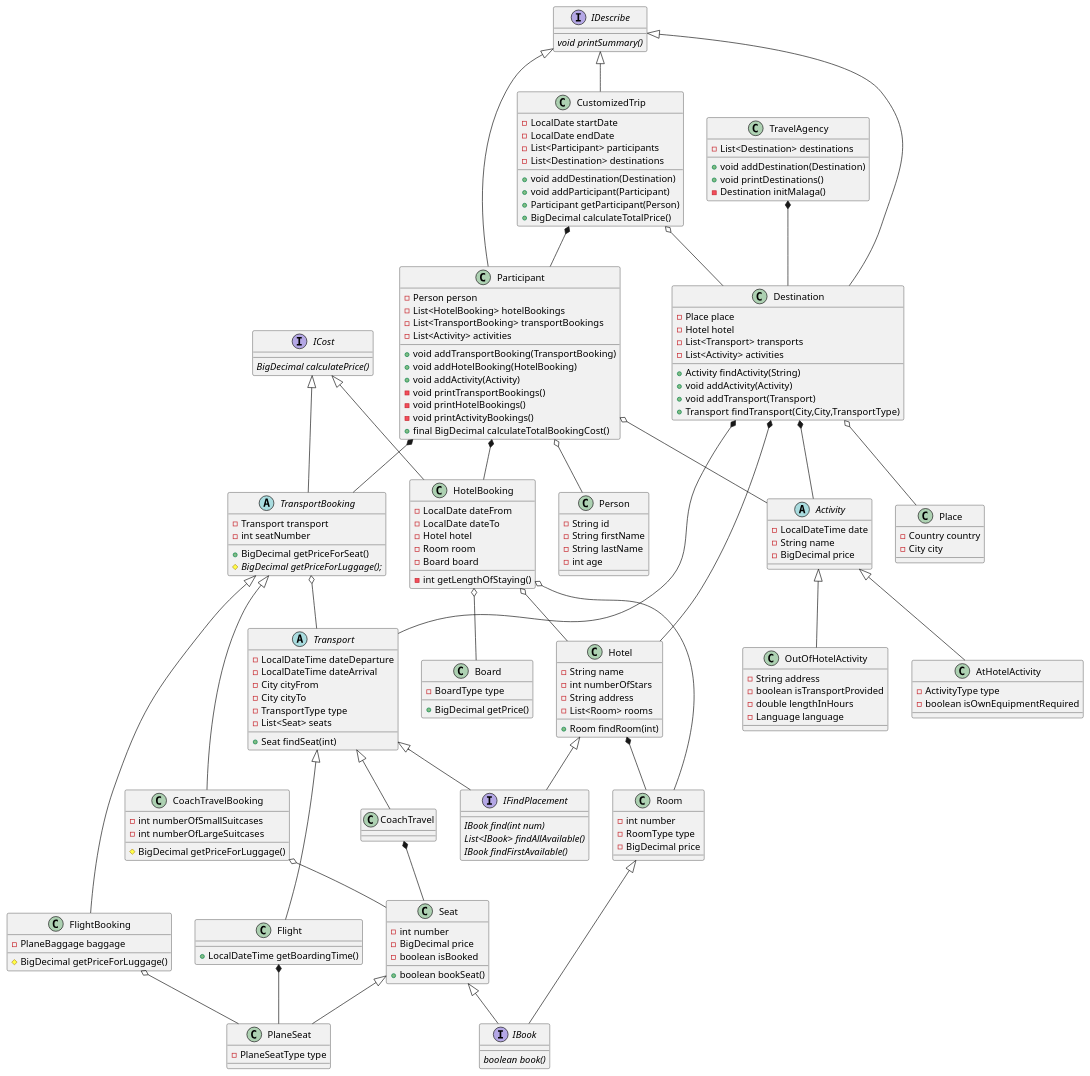
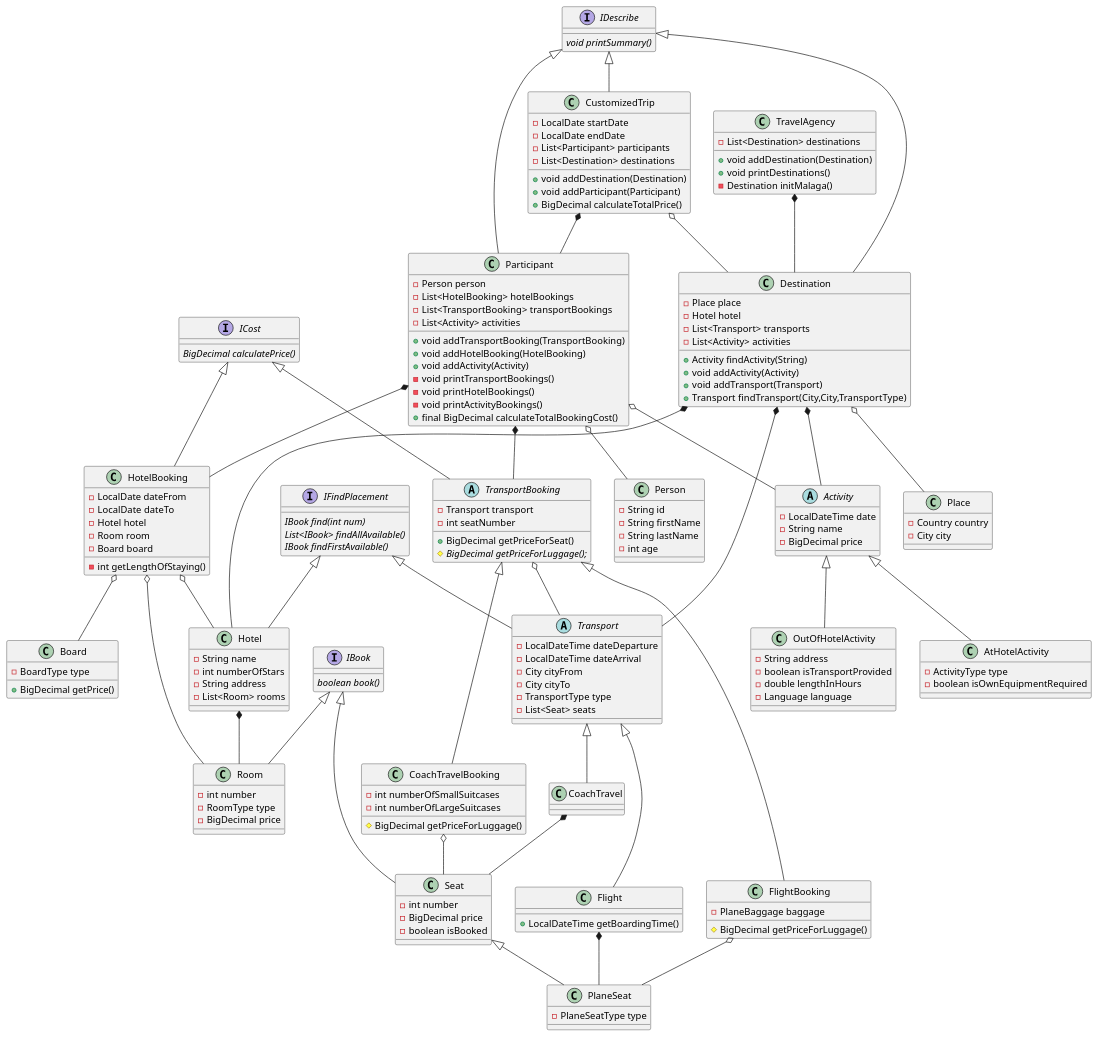
The diagram in docs/ClassDiagram.puml (asiajanicka/TravelAgency), drawn with PlantUML before and after one commit. The commit also changed 15 other files, not shown here.

Commit message:
Code recfactor, Changed flow in Trip Booking main, Added logs

```diff
--- a/docs/ClassDiagram.puml
+++ b/docs/ClassDiagram.puml
@@ -1,181 +1,175 @@
 @startuml
 interface ICost {
 {abstract} BigDecimal calculatePrice()
 }
 interface IDescribe {
 {abstract} void printSummary()
 }
 interface IBook {
 {abstract} boolean book()
 }
 interface IFindPlacement {
 {abstract} IBook find(int num)
 {abstract} List<IBook> findAllAvailable()
 {abstract} IBook findFirstAvailable()
 }
 class Hotel {
 - String name
 - int numberOfStars
 - String address
 - List<Room> rooms
-+ Room findRoom(int)
 }
 class PlaneSeat {
 - PlaneSeatType type
 }
 class Seat {
 - int number
 - BigDecimal price
 - boolean isBooked
-+ boolean bookSeat()
 }
 class Participant {
 - Person person
 - List<HotelBooking> hotelBookings
 - List<TransportBooking> transportBookings
 - List<Activity> activities
 + void addTransportBooking(TransportBooking)
 + void addHotelBooking(HotelBooking)
 + void addActivity(Activity)
 - void printTransportBookings()
 - void printHotelBookings()
 - void printActivityBookings()
 + final BigDecimal calculateTotalBookingCost()
 }
 class FlightBooking {
 - PlaneBaggage baggage
 # BigDecimal getPriceForLuggage()
 }
 class CustomizedTrip {
 - LocalDate startDate
 - LocalDate endDate
 - List<Participant> participants
 - List<Destination> destinations
 + void addDestination(Destination)
 + void addParticipant(Participant)
-+ Participant getParticipant(Person)
-'+ void printSummary()
 + BigDecimal calculateTotalPrice()
 }
 class HotelBooking {
 - LocalDate dateFrom
 - LocalDate dateTo
 - Hotel hotel
 - Room room
 - Board board
 - int getLengthOfStaying()
 }
 class Board {
 - BoardType type
 + BigDecimal getPrice()
 }
 class Flight {
 + LocalDateTime getBoardingTime()
 }
 class TravelAgency {
 - List<Destination> destinations
 + void addDestination(Destination)
 + void printDestinations()
 - Destination initMalaga()
 }
 class CoachTravelBooking {
 - int numberOfSmallSuitcases
 - int numberOfLargeSuitcases
 # BigDecimal getPriceForLuggage()
 }
 abstract class Transport {
 - LocalDateTime dateDeparture
 - LocalDateTime dateArrival
 - City cityFrom
 - City cityTo
 - TransportType type
 - List<Seat> seats
-+ Seat findSeat(int)
 }
 class Place {
 - Country country
 - City city
 }
 class Room {
 - int number
 - RoomType type
 - BigDecimal price
 }
 class OutOfHotelActivity {
 - String address
 - boolean isTransportProvided
 - double lengthInHours
 - Language language
 }
 abstract class Activity {
 - LocalDateTime date
 - String name
 - BigDecimal price
 }
 class AtHotelActivity {
 - ActivityType type
 - boolean isOwnEquipmentRequired
 }
 class Destination {
 - Place place
 - Hotel hotel
 - List<Transport> transports
 - List<Activity> activities
 + Activity findActivity(String)
 + void addActivity(Activity)
 + void addTransport(Transport)
-'+ void printDestinationSummary()
 + Transport findTransport(City,City,TransportType)
 }
 abstract class TransportBooking {
 - Transport transport
 - int seatNumber
 + BigDecimal getPriceForSeat()
 # {abstract}BigDecimal getPriceForLuggage();
 }
 class Person {
 - String id
 - String firstName
 - String lastName
 - int age
 }
 class CoachTravel {
 }
 
 TravelAgency *-- Destination
 CustomizedTrip o-- Destination
 CustomizedTrip *-- Participant
 Destination *-- Transport
 Destination *-- Hotel
 Destination *-- Activity
 Destination o-- Place
 Participant o-- Person
 Participant o-- Activity
 Participant *-- HotelBooking
 Participant *-- TransportBooking
 CoachTravel *-- Seat
 Hotel *-- Room
 HotelBooking o-- Room
 HotelBooking o-- Board
 HotelBooking o-- Hotel
 TransportBooking o-- Transport
 CoachTravelBooking o-- Seat
 FlightBooking o-- PlaneSeat
 Flight *-- PlaneSeat
 ICost <|-- HotelBooking
 ICost <|-- TransportBooking
 IDescribe <|--  CustomizedTrip
 IDescribe <|-- Participant
 IDescribe <|-- Destination
-Room <|-- IBook
-Seat <|-- IBook
-Transport <|-- IFindPlacement
-Hotel <|-- IFindPlacement
+IBook <|-- Room
+IBook <|-- Seat
+IFindPlacement <|-- Transport
+IFindPlacement <|-- Hotel
 Seat <|-- PlaneSeat
 TransportBooking <|-- FlightBooking
 Transport <|-- Flight
 TransportBooking <|-- CoachTravelBooking
 Activity <|-- OutOfHotelActivity
 Activity <|-- AtHotelActivity
 Transport <|-- CoachTravel
 @enduml
```
